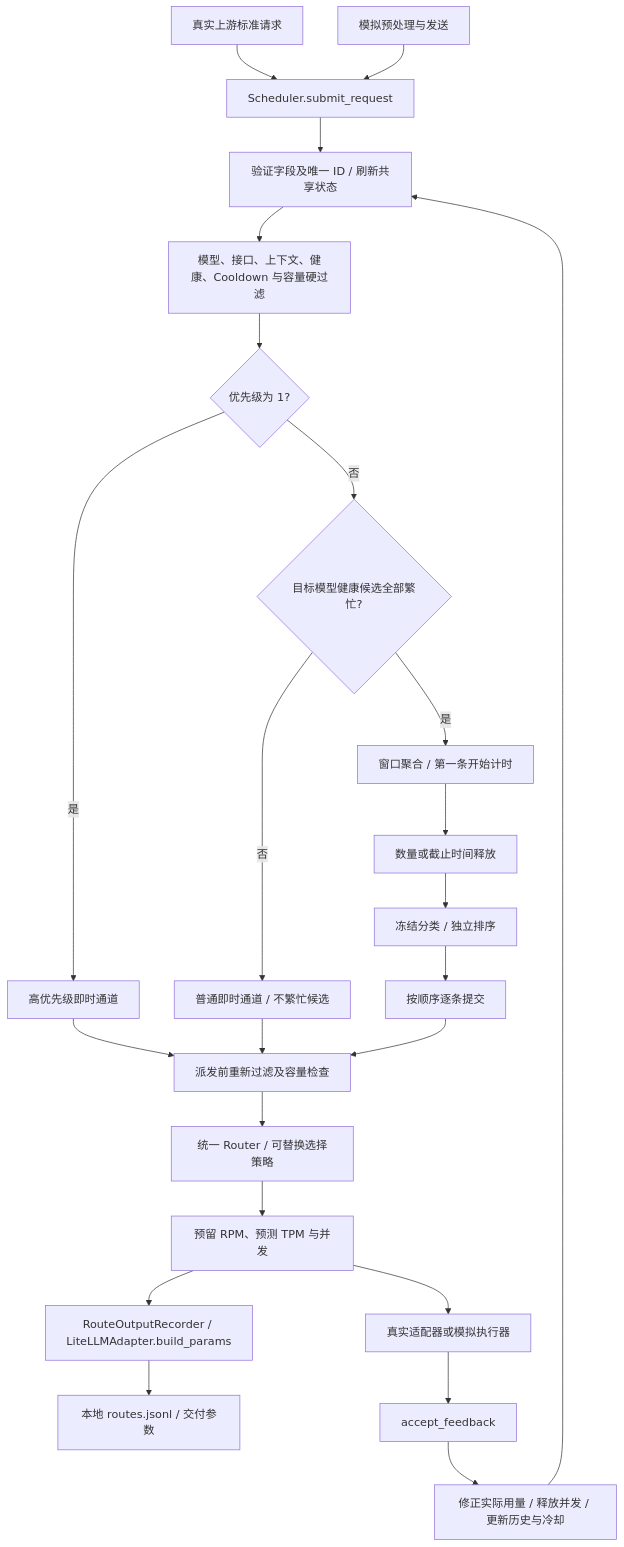
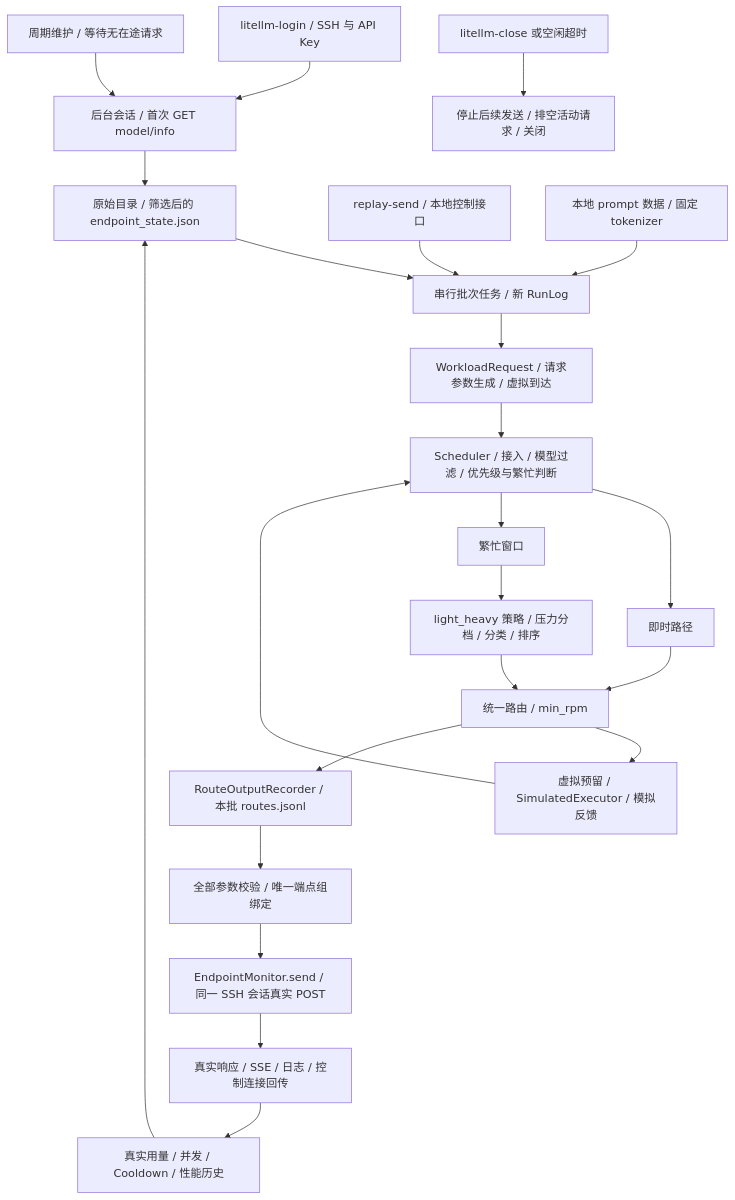
One commit to guyiscat/llm-gateway-scheduler changed the diagram in docs/architecture.md. Above: the diagram before and after it, drawn with Mermaid. The commit also changed other lines of this file and 56 other files, not shown here.

````diff
--- a/docs/architecture.md
+++ b/docs/architecture.md
@@ -30,26 +11,25 @@
 ```mermaid
 flowchart TD
-  A[真实上游标准请求] --> C[Scheduler.submit_request]
-  B[模拟预处理与发送] --> C
-  C --> D[验证字段及唯一 ID / 刷新共享状态]
-  D --> E[模型、接口、上下文、健康、Cooldown 与容量硬过滤]
-  E --> F{优先级为 1?}
-  F -->|是| G[高优先级即时通道]
-  F -->|否| H{目标模型健康候选全部繁忙?}
-  H -->|否| I[普通即时通道 / 不繁忙候选]
-  H -->|是| J[窗口聚合 / 第一条开始计时]
-  J --> K[数量或截止时间释放]
-  K --> L[冻结分类 / 独立排序]
-  L --> M[按顺序逐条提交]
-  G --> N[派发前重新过滤及容量检查]
-  I --> N
-  M --> N
-  N --> O[统一 Router / 可替换选择策略]
-  O --> P[预留 RPM、预测 TPM 与并发]
-  P --> Q[真实适配器或模拟执行器]
-  P --> T[RouteOutputRecorder / LiteLLMAdapter.build_params]
-  T --> U[本地 routes.jsonl / 交付参数]
-  Q --> R[accept_feedback]
-  R --> S[修正实际用量 / 释放并发 / 更新历史与冷却]
-  S --> D
+    L[litellm-login / SSH 与 API Key] --> W[后台会话 / 首次 GET model/info]
+    W --> C[原始目录 / 筛选后的 endpoint_state.json]
+    S[replay-send / 本地控制接口] --> B[串行批次任务 / 新 RunLog]
+    C --> B
+    D[本地 prompt 数据 / 固定 tokenizer] --> B
+    B --> P[WorkloadRequest / 请求参数生成 / 虚拟到达]
+    P --> K[Scheduler / 接入 / 模型过滤 / 优先级与繁忙判断]
+    K --> I[即时路径]
+    K --> Q[繁忙窗口]
+    Q --> A[light_heavy 策略 / 压力分档 / 分类 / 排序]
+    I --> R[统一路由 / min_rpm]
+    A --> R
+    R --> V[虚拟预留 / SimulatedExecutor / 模拟反馈]
+    V --> K
+    R --> F[RouteOutputRecorder / 本批 routes.jsonl]
+    F --> H[全部参数校验 / 唯一端点组绑定]
+    H --> E[EndpointMonitor.send / 同一 SSH 会话真实 POST]
+    E --> O[真实响应 / SSE / 日志 / 控制连接回传]
+    O --> M[真实用量 / 并发 / Cooldown / 性能历史]
+    M --> C
+    T[周期维护 / 等待无在途请求] --> W
+    X[litellm-close 或空闲超时] --> Z[停止后续发送 / 排空活动请求 / 关闭]
 ```
````
